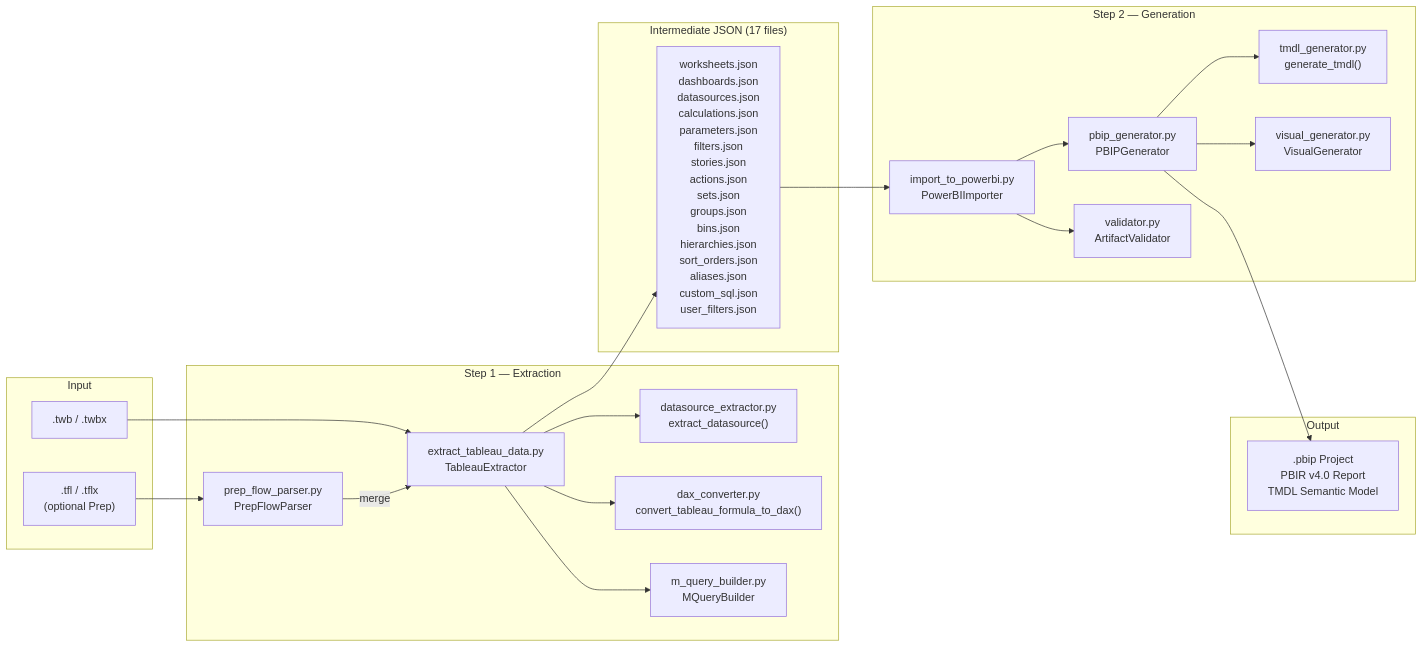
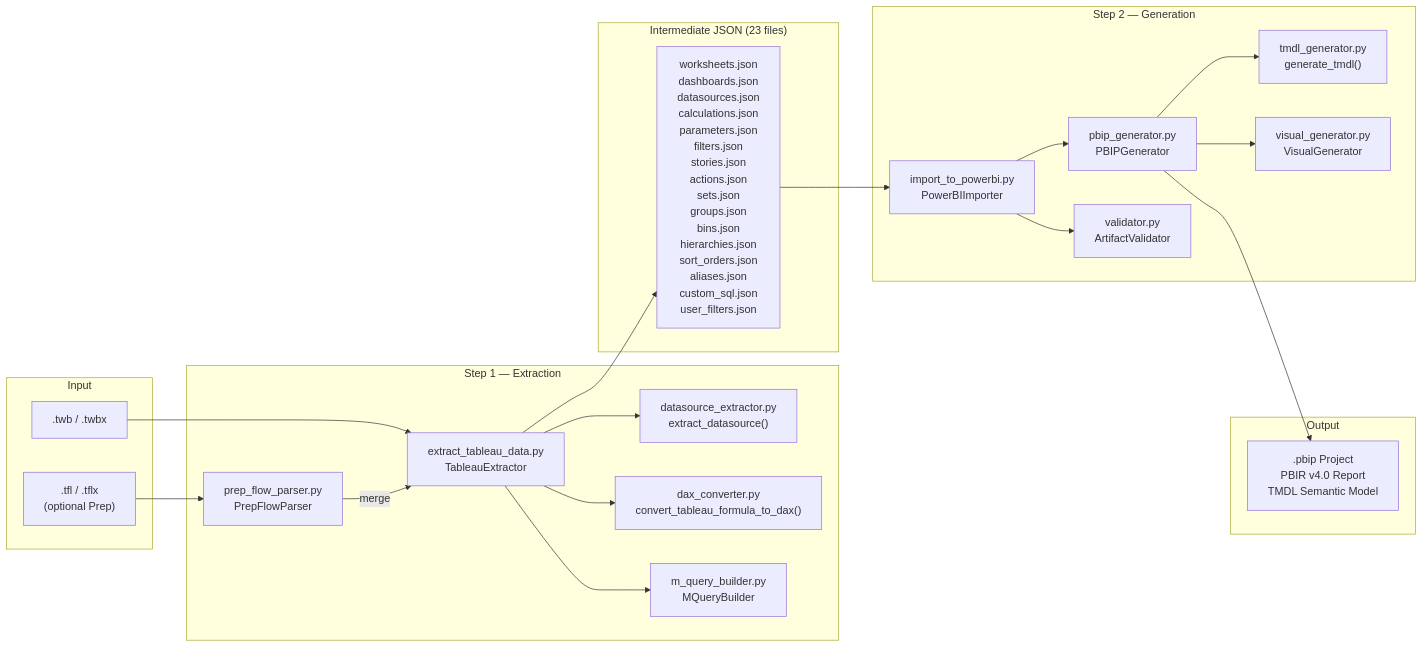
The diagram in docs/ARCHITECTURE.md (komald-ui/Tableau-To-PowerBI), drawn with Mermaid before and after one commit. The commit also changed other lines of this file and 22 other files, not shown here.

````diff
--- a/docs/ARCHITECTURE.md
+++ b/docs/ARCHITECTURE.md
@@ -11,45 +11,45 @@
 ```mermaid
 flowchart LR
     subgraph Input
         TWB[".twb / .twbx"]
         TFL[".tfl / .tflx<br/>(optional Prep)"]
     end
 
     subgraph "Step 1 — Extraction"
         EXT["extract_tableau_data.py<br/>TableauExtractor"]
         DSE["datasource_extractor.py<br/>extract_datasource()"]
         DAX["dax_converter.py<br/>convert_tableau_formula_to_dax()"]
         MQB["m_query_builder.py<br/>MQueryBuilder"]
         PFP["prep_flow_parser.py<br/>PrepFlowParser"]
     end
 
-    subgraph "Intermediate JSON (17 files)"
+    subgraph "Intermediate JSON (23 files)"
         JSON["worksheets.json<br/>dashboards.json<br/>datasources.json<br/>calculations.json<br/>parameters.json<br/>filters.json<br/>stories.json<br/>actions.json<br/>sets.json<br/>groups.json<br/>bins.json<br/>hierarchies.json<br/>sort_orders.json<br/>aliases.json<br/>custom_sql.json<br/>user_filters.json"]
     end
 
     subgraph "Step 2 — Generation"
         IMP["import_to_powerbi.py<br/>PowerBIImporter"]
         PBIP["pbip_generator.py<br/>PBIPGenerator"]
         TMDL["tmdl_generator.py<br/>generate_tmdl()"]
         VIS["visual_generator.py<br/>VisualGenerator"]
         VAL["validator.py<br/>ArtifactValidator"]
     end
 
     subgraph Output
         PROJ[".pbip Project<br/>PBIR v4.0 Report<br/>TMDL Semantic Model"]
     end
 
     TWB --> EXT
     TFL --> PFP
     EXT --> DSE
     EXT --> DAX
     EXT --> MQB
     PFP -->|merge| EXT
     EXT --> JSON
     JSON --> IMP
     IMP --> PBIP
     PBIP --> TMDL
     PBIP --> VIS
     IMP --> VAL
     PBIP --> PROJ
 ```
````
